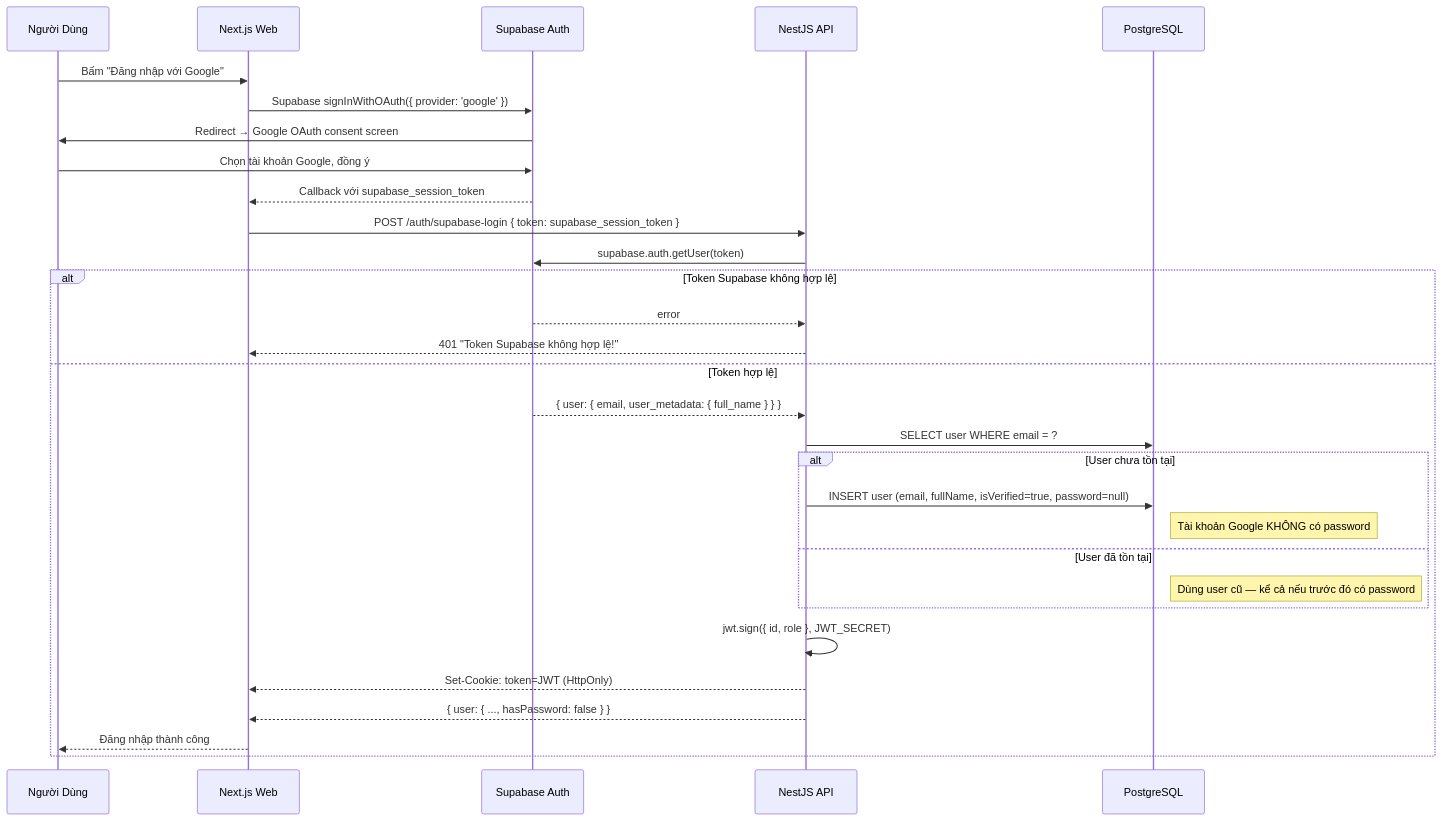
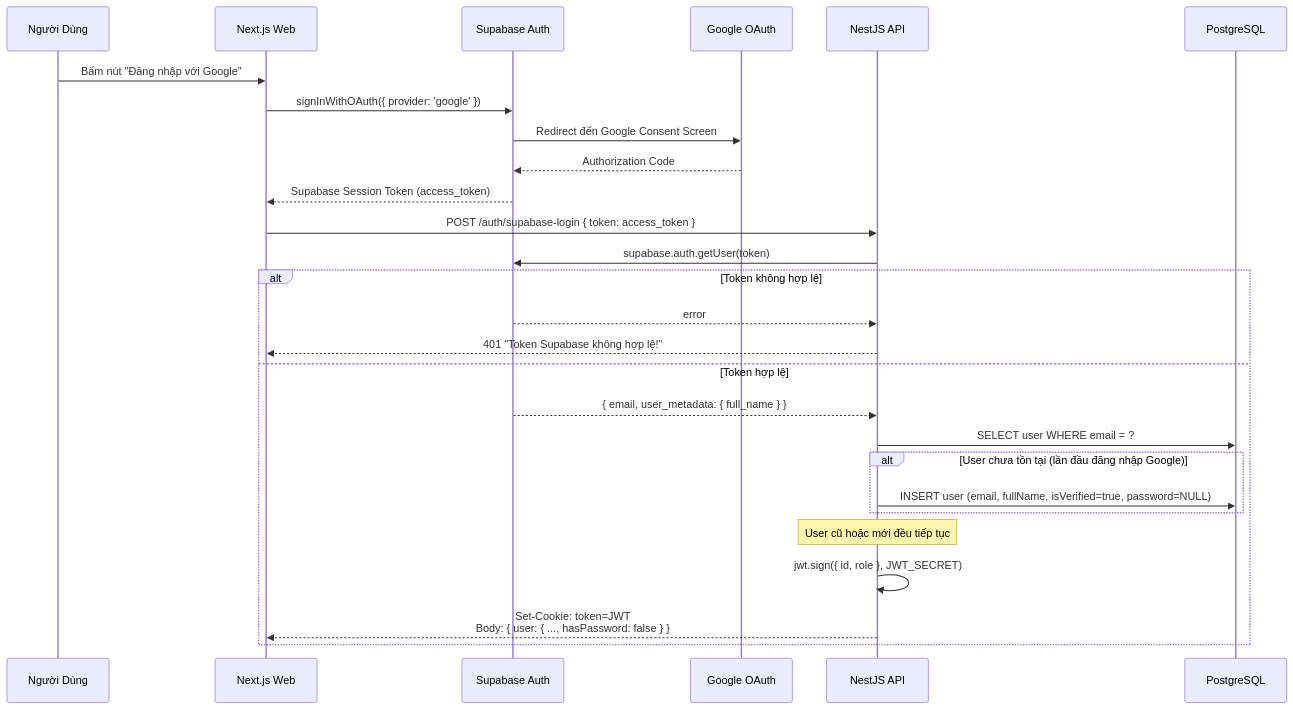
The fifth of 10 diagrams in blueprint/specs/auth.md (dorayakiiiiz/ticket-box), drawn with Mermaid before and after one commit. The commit also changed other lines of this file and 3 other files, not shown here.

````diff
--- a/blueprint/specs/auth.md
+++ b/blueprint/specs/auth.md
@@ -136,35 +214,32 @@
 ```mermaid
 sequenceDiagram
     participant U as Người Dùng
     participant FE as Next.js Web
     participant SUP as Supabase Auth
+    participant GOOGLE as Google OAuth
     participant BE as NestJS API
     participant DB as PostgreSQL
 
-    U->>FE: Bấm "Đăng nhập với Google"
-    FE->>SUP: Supabase signInWithOAuth({ provider: 'google' })
-    SUP->>U: Redirect → Google OAuth consent screen
-    U->>SUP: Chọn tài khoản Google, đồng ý
-    SUP-->>FE: Callback với supabase_session_token
+    U->>FE: Bấm nút "Đăng nhập với Google"
+    FE->>SUP: signInWithOAuth({ provider: 'google' })
+    SUP->>GOOGLE: Redirect đến Google Consent Screen
+    GOOGLE-->>SUP: Authorization Code
+    SUP-->>FE: Supabase Session Token (access_token)
 
-    FE->>BE: POST /auth/supabase-login { token: supabase_session_token }
+    FE->>BE: POST /auth/supabase-login { token: access_token }
 
     BE->>SUP: supabase.auth.getUser(token)
-    alt Token Supabase không hợp lệ
+    alt Token không hợp lệ
         SUP-->>BE: error
         BE-->>FE: 401 "Token Supabase không hợp lệ!"
     else Token hợp lệ
-        SUP-->>BE: { user: { email, user_metadata: { full_name } } }
+        SUP-->>BE: { email, user_metadata: { full_name } }
         BE->>DB: SELECT user WHERE email = ?
-        alt User chưa tồn tại
-            BE->>DB: INSERT user (email, fullName, isVerified=true, password=null)
-            Note right of DB: Tài khoản Google KHÔNG có password
-        else User đã tồn tại
-            Note right of DB: Dùng user cũ — kể cả nếu trước đó có password
+        alt User chưa tồn tại (lần đầu đăng nhập Google)
+            BE->>DB: INSERT user (email, fullName, isVerified=true, password=NULL)
         end
+        Note over BE: User cũ hoặc mới đều tiếp tục
         BE->>BE: jwt.sign({ id, role }, JWT_SECRET)
-        BE-->>FE: Set-Cookie: token=JWT (HttpOnly)
-        BE-->>FE: { user: { ..., hasPassword: false } }
-        FE-->>U: Đăng nhập thành công
+        BE-->>FE: Set-Cookie: token=JWT<br/>Body: { user: { ..., hasPassword: false } }
     end
 ```
````
